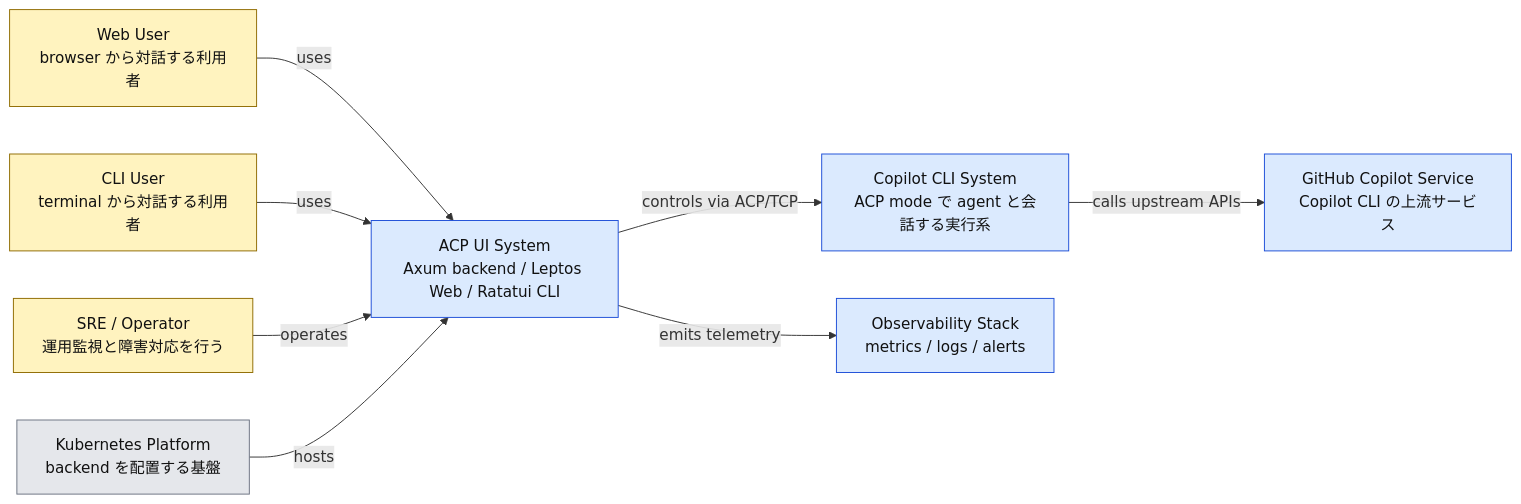
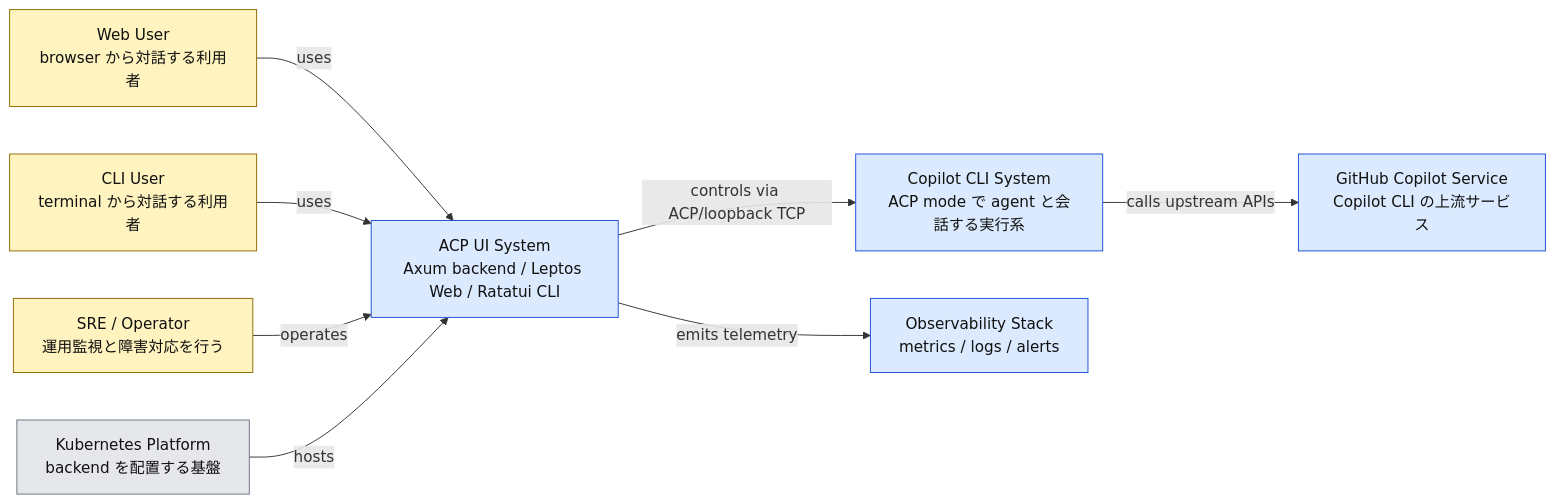
The first of 12 diagrams in docs/explanation/acp-web-cli-architecture.md (chalharu/copilot-sandbox-container), drawn with Mermaid before and after one commit. The commit also changed other lines of this file, not shown here.

Commit message:
docs(explanation): harden ACP web CLI design

````diff
--- a/docs/explanation/acp-web-cli-architecture.md
+++ b/docs/explanation/acp-web-cli-architecture.md
@@ -87,28 +87,28 @@
 ```mermaid
 flowchart LR
     webUser["Web User<br/>browser から対話する利用者"]
     cliUser["CLI User<br/>terminal から対話する利用者"]
     sre["SRE / Operator<br/>運用監視と障害対応を行う"]
 
     acpUi["ACP UI System<br/>Axum backend / Leptos Web / Ratatui CLI"]
     copilotCli["Copilot CLI System<br/>ACP mode で agent と会話する実行系"]
     githubCopilot["GitHub Copilot Service<br/>Copilot CLI の上流サービス"]
     k8sPlatform["Kubernetes Platform<br/>backend を配置する基盤"]
     observability["Observability Stack<br/>metrics / logs / alerts"]
 
     webUser -->|uses| acpUi
     cliUser -->|uses| acpUi
     sre -->|operates| acpUi
     k8sPlatform -->|hosts| acpUi
-    acpUi -->|controls via ACP/TCP| copilotCli
+    acpUi -->|controls via ACP/loopback TCP| copilotCli
     copilotCli -->|calls upstream APIs| githubCopilot
     acpUi -->|emits telemetry| observability
 
     classDef person fill:#fff3bf,stroke:#8f6b00,color:#111;
     classDef system fill:#dbeafe,stroke:#1d4ed8,color:#111;
     classDef platform fill:#e5e7eb,stroke:#6b7280,color:#111;
 
     class webUser,cliUser,sre person;
     class acpUi,copilotCli,githubCopilot,observability system;
     class k8sPlatform platform;
 ```
````
